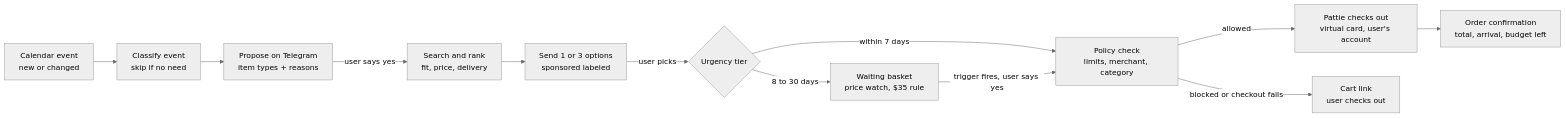
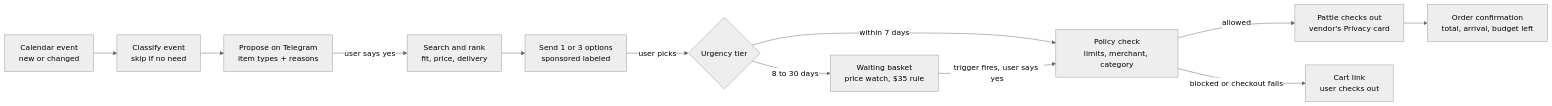
Before and after one commit to kolumba-ai/Pattie-shopping-agent: the diagram in docs/PRD.md, drawn with Mermaid (neutral theme). The commit also changed other lines of this file and 8 other files, not shown here.

First line of the commit message:
Pay with Privacy.com: one merchant-locked card per vendor

````diff
--- a/docs/PRD.md
+++ b/docs/PRD.md
@@ -97,14 +97,14 @@
 ```mermaid
 flowchart LR
     A[Calendar event<br/>new or changed] --> B[Classify event<br/>skip if no need]
     B --> C[Propose on Telegram<br/>item types + reasons]
     C -- user says yes --> D[Search and rank<br/>fit, price, delivery]
     D --> E[Send 1 or 3 options<br/>sponsored labeled]
     E -- user picks --> F{Urgency tier}
     F -- within 7 days --> G[Policy check<br/>limits, merchant, category]
     F -- 8 to 30 days --> H[Waiting basket<br/>price watch, $35 rule]
     H -- trigger fires, user says yes --> G
-    G -- allowed --> I[Pattie checks out<br/>virtual card, user's account]
+    G -- allowed --> I[Pattie checks out<br/>vendor's Privacy card]
     G -- blocked or checkout fails --> J[Cart link<br/>user checks out]
     I --> K[Order confirmation<br/>total, arrival, budget left]
 ```
````
